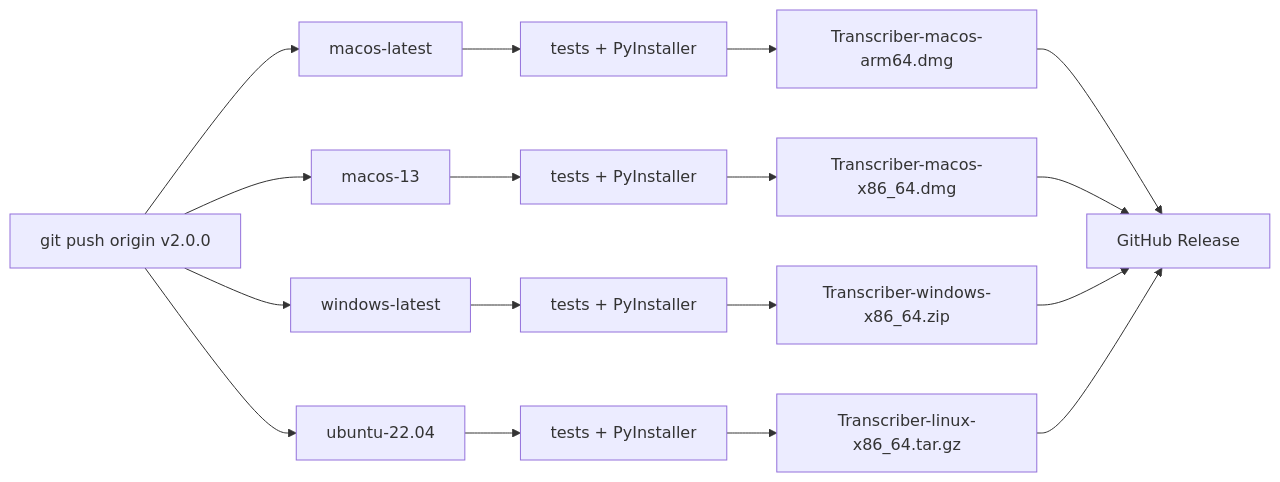
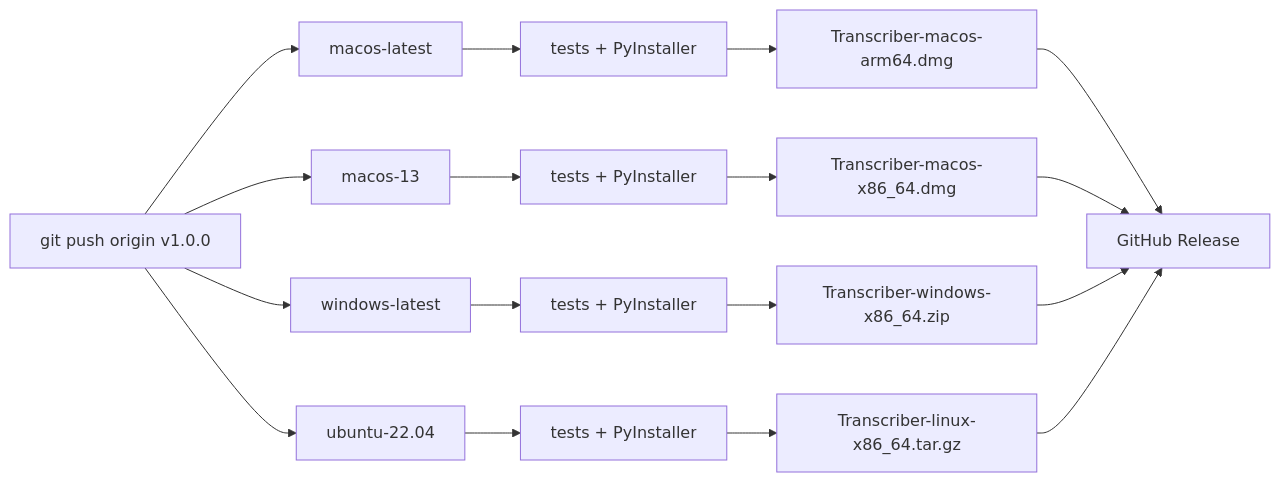
Before and after one commit to samuelrms/transcribe: the second of 2 diagrams in README.en.md, drawn with Mermaid. The commit also changed other lines of this file and 3 other files, not shown here.

````diff
--- a/README.en.md
+++ b/README.en.md
@@ -330,22 +330,22 @@
 ```mermaid
 flowchart LR
-    T["git push origin v2.0.0"] --> M1["macos-latest"]
+    T["git push origin v1.0.0"] --> M1["macos-latest"]
     T --> M2["macos-13"]
     T --> W["windows-latest"]
     T --> U["ubuntu-22.04"]
 
     M1 --> P1["tests + PyInstaller"]
     M2 --> P2["tests + PyInstaller"]
     W --> P3["tests + PyInstaller"]
     U --> P4["tests + PyInstaller"]
 
     P1 --> A1["Transcriber-macos-arm64.dmg"]
     P2 --> A2["Transcriber-macos-x86_64.dmg"]
     P3 --> A3["Transcriber-windows-x86_64.zip"]
     P4 --> A4["Transcriber-linux-x86_64.tar.gz"]
 
     A1 --> R["GitHub Release"]
     A2 --> R
     A3 --> R
     A4 --> R
 ```
````
